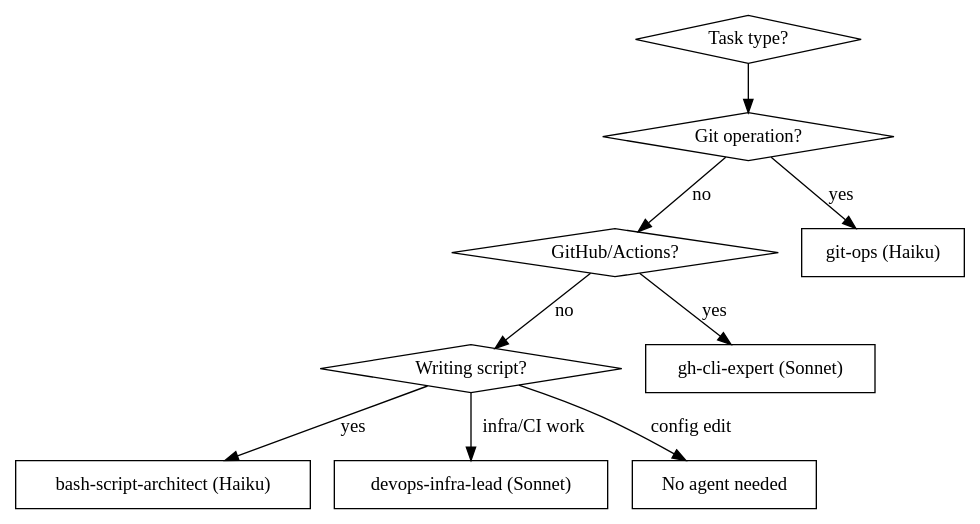
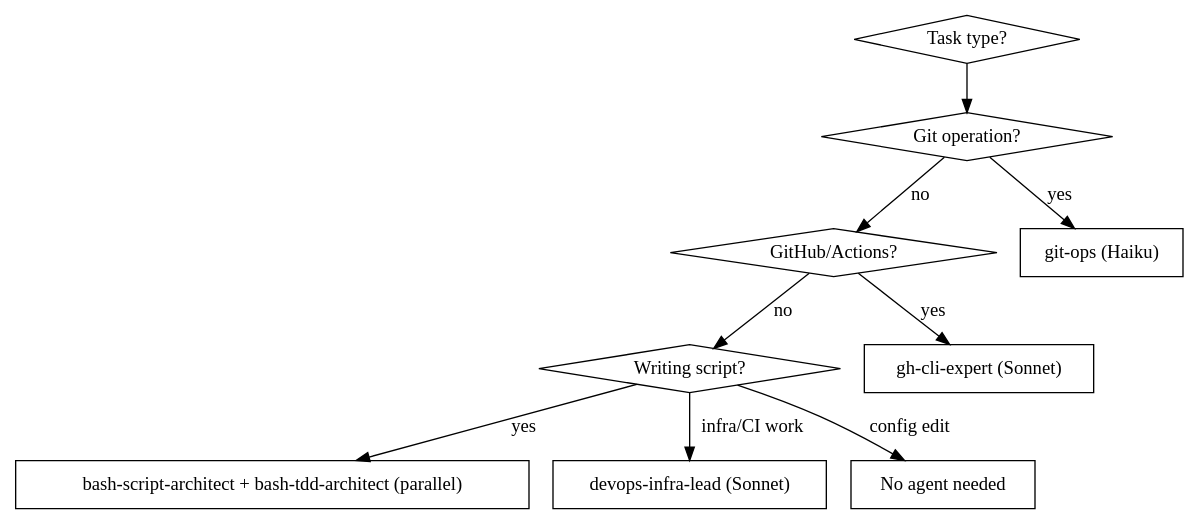
One commit to JamesPrial/skills changed the diagram in skills/dotfiles-development/SKILL.md. Above: the diagram before and after it, drawn with Graphviz. The commit also changed other lines of this file and 4 other files, not shown here.

First line of the commit message:
feat: Add bash-tdd-architect agent and dotfiles-development skill tests

````diff
--- a/skills/dotfiles-development/SKILL.md
+++ b/skills/dotfiles-development/SKILL.md
@@ -24,23 +24,23 @@
 ```dot
 digraph agent_selection {
     "Task type?" [shape=diamond];
     "Git operation?" [shape=diamond];
     "GitHub/Actions?" [shape=diamond];
     "Writing script?" [shape=diamond];
 
     "git-ops (Haiku)" [shape=box];
     "gh-cli-expert (Sonnet)" [shape=box];
-    "bash-script-architect (Haiku)" [shape=box];
+    "bash-script-architect + bash-tdd-architect (parallel)" [shape=box];
     "devops-infra-lead (Sonnet)" [shape=box];
     "No agent needed" [shape=box];
 
     "Task type?" -> "Git operation?";
     "Git operation?" -> "git-ops (Haiku)" [label="yes"];
     "Git operation?" -> "GitHub/Actions?" [label="no"];
     "GitHub/Actions?" -> "gh-cli-expert (Sonnet)" [label="yes"];
     "GitHub/Actions?" -> "Writing script?" [label="no"];
-    "Writing script?" -> "bash-script-architect (Haiku)" [label="yes"];
+    "Writing script?" -> "bash-script-architect + bash-tdd-architect (parallel)" [label="yes"];
     "Writing script?" -> "devops-infra-lead (Sonnet)" [label="infra/CI work"];
     "Writing script?" -> "No agent needed" [label="config edit"];
 }
 ```
````
